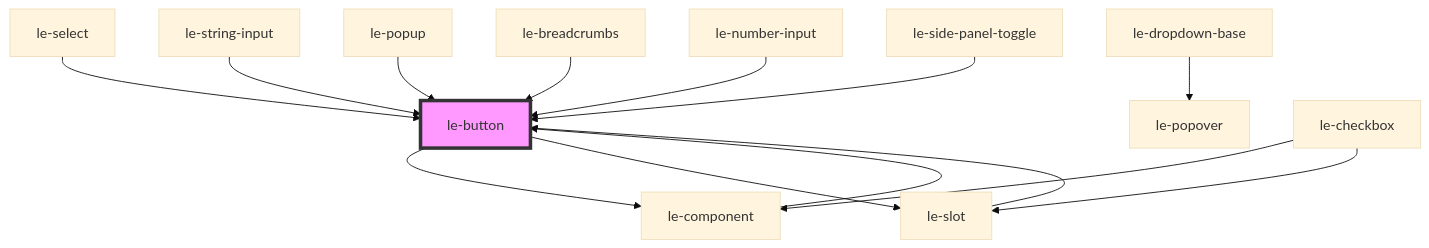
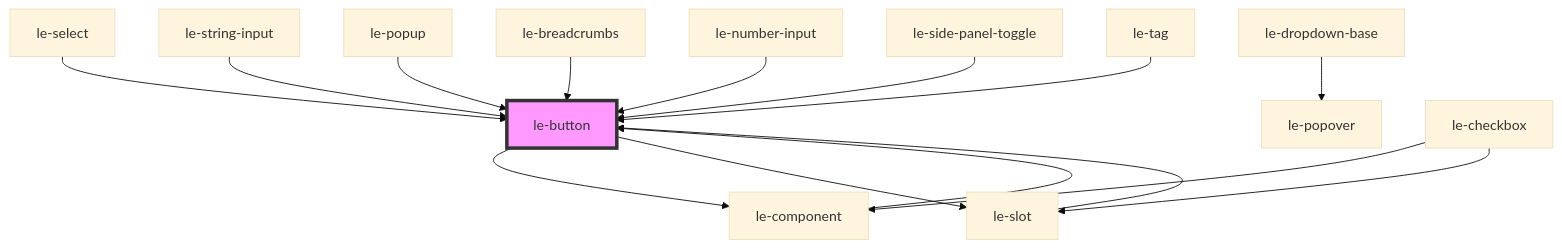
Before and after one commit to leechy/le-kit: the diagram in packages/core/src/components/le-button/readme.md, drawn with Mermaid (base theme). The commit also changed other lines of this file and 7 other files, not shown here.

````diff
--- a/packages/core/src/components/le-button/readme.md
+++ b/packages/core/src/components/le-button/readme.md
@@ -147,17 +148,18 @@
 ```mermaid
 graph TD;
   le-button --> le-component
   le-button --> le-slot
   le-component --> le-button
   le-select --> le-button
   le-dropdown-base --> le-popover
   le-checkbox --> le-component
   le-checkbox --> le-slot
   le-slot --> le-button
   le-string-input --> le-button
   le-popup --> le-button
   le-breadcrumbs --> le-button
   le-number-input --> le-button
   le-side-panel-toggle --> le-button
+  le-tag --> le-button
   style le-button fill:#f9f,stroke:#333,stroke-width:4px
 ```
````
